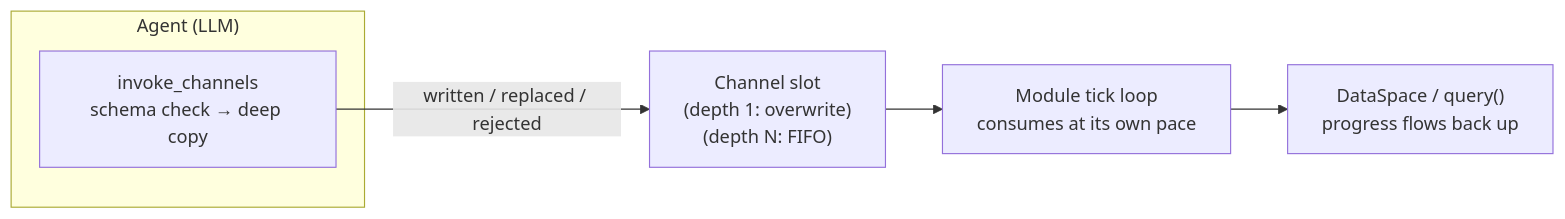
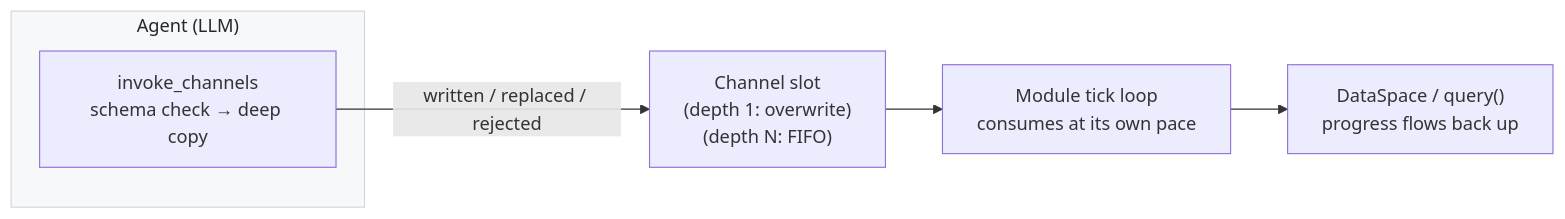
One commit to DarkSpaceY/NAN-itself changed the third of 4 diagrams in README.md. Above: the diagram before and after it, drawn with Mermaid. The commit also changed other lines of this file, not shown here.

Commit message:
Give README mermaid subgraphs a neutral background
Turn N and Agent subgraphs render with the default transparent
fill; pin them to a GitHub-style light gray so they read as
grouped regions on any theme.

````diff
--- a/README.md
+++ b/README.md
@@ -82,9 +84,11 @@
 ```mermaid
 flowchart LR
     subgraph agent["Agent (LLM)"]
         V["invoke_channels<br/>schema check → deep copy"]
     end
     V -->|"written / replaced / rejected"| S["Channel slot<br/>(depth 1: overwrite)<br/>(depth N: FIFO)"]
     S --> C2["Module tick loop<br/>consumes at its own pace"]
     C2 --> Q["DataSpace / query()<br/>progress flows back up"]
+
+    style agent fill:#f6f8fa,stroke:#d0d7de,color:#24292f
 ```
````
